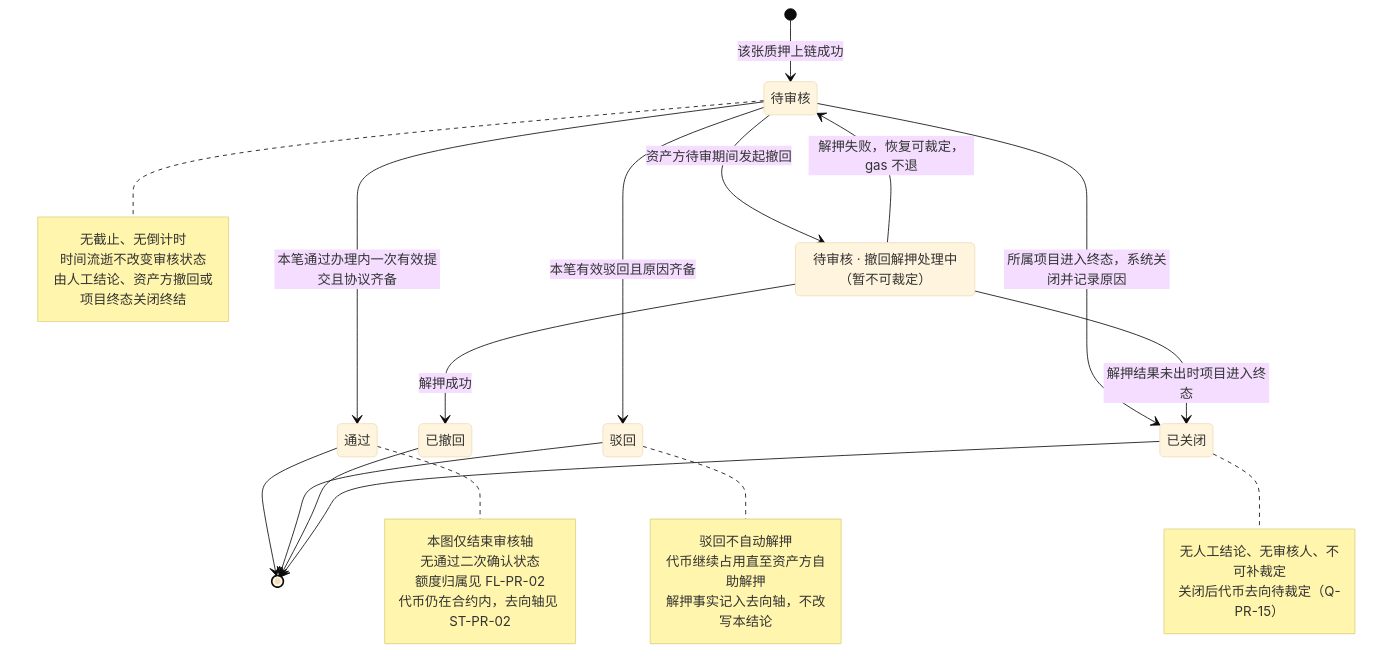
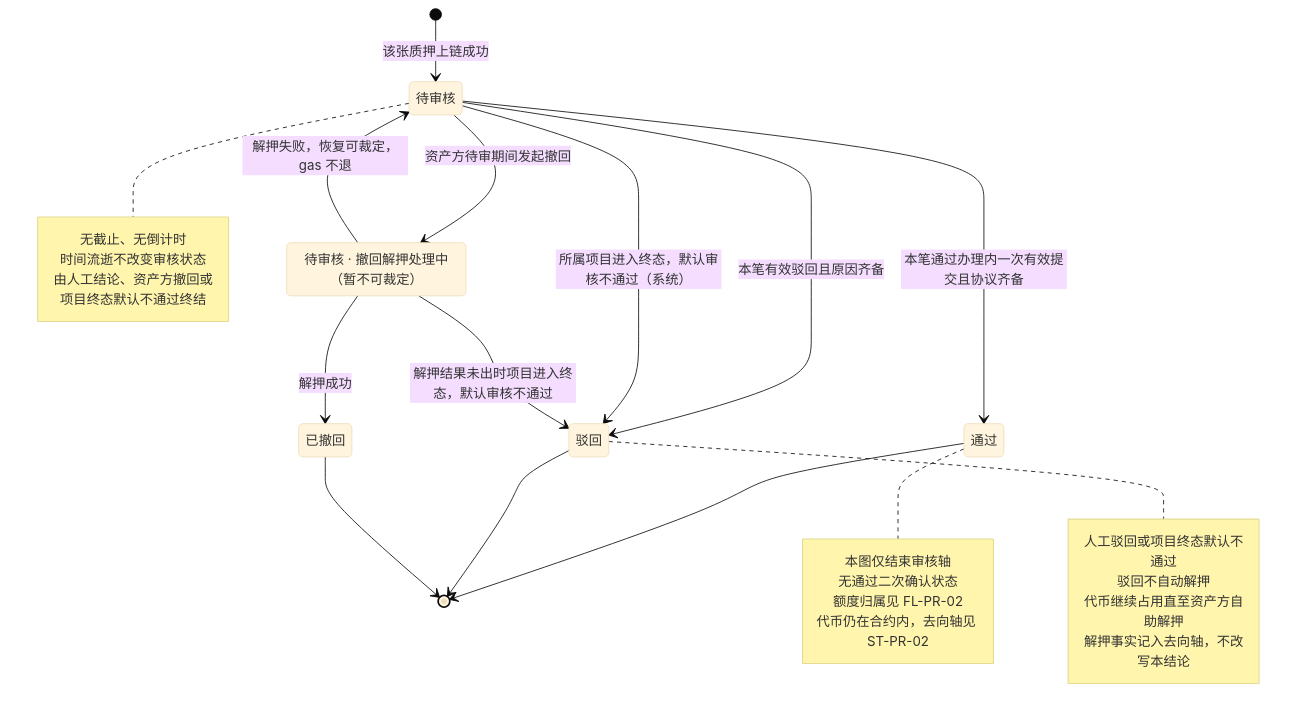
One commit to wxblockchain/Chain-Financing changed the fifth of 6 diagrams in lending-platform/PRD/运营端/06-代币质押审核/02-代币质押审核-流程图与状态机.md. Above: the diagram before and after it, drawn with Mermaid (base theme). The commit also changed other lines of this file and 2 other files, not shown here.

First line of the commit message:
docs(WS-382): pending pledges default to rejected at project terminal, self-release

````diff
--- a/lending-platform/PRD/运营端/06-代币质押审核/02-代币质押审核-流程图与状态机.md
+++ b/lending-platform/PRD/运营端/06-代币质押审核/02-代币质押审核-流程图与状态机.md
@@ -145,41 +146,36 @@
 ```mermaid
 stateDiagram-v2
   state "待审核" as Pending
   state "通过" as Approved
   state "驳回" as Rejected
   state "已撤回" as Withdrawn
-  state "已关闭" as Closed
   state "待审核 · 撤回解押处理中（暂不可裁定）" as Paused
   [*] --> Pending: 该张质押上链成功
   Pending --> Approved: 本笔通过办理内一次有效提交且协议齐备
   Pending --> Rejected: 本笔有效驳回且原因齐备
   Pending --> Paused: 资产方待审期间发起撤回
   Paused --> Pending: 解押失败，恢复可裁定，gas 不退
   Paused --> Withdrawn: 解押成功
-  Pending --> Closed: 所属项目进入终态，系统关闭并记录原因
-  Paused --> Closed: 解押结果未出时项目进入终态
+  Pending --> Rejected: 所属项目进入终态，默认审核不通过（系统）
+  Paused --> Rejected: 解押结果未出时项目进入终态，默认审核不通过
   Approved --> [*]
   Rejected --> [*]
   Withdrawn --> [*]
-  Closed --> [*]
   note right of Pending
     无截止、无倒计时
     时间流逝不改变审核状态
-    由人工结论、资产方撤回或项目终态关闭终结
+    由人工结论、资产方撤回或项目终态默认不通过终结
   end note
   note right of Approved
     本图仅结束审核轴
     无通过二次确认状态
     额度归属见 FL-PR-02
     代币仍在合约内，去向轴见 ST-PR-02
   end note
   note right of Rejected
+    人工驳回或项目终态默认不通过
     驳回不自动解押
     代币继续占用直至资产方自助解押
     解押事实记入去向轴，不改写本结论
   end note
-  note right of Closed
-    无人工结论、无审核人、不可补裁定
-    关闭后代币去向待裁定（Q-PR-15）
-  end note
 ```
````
